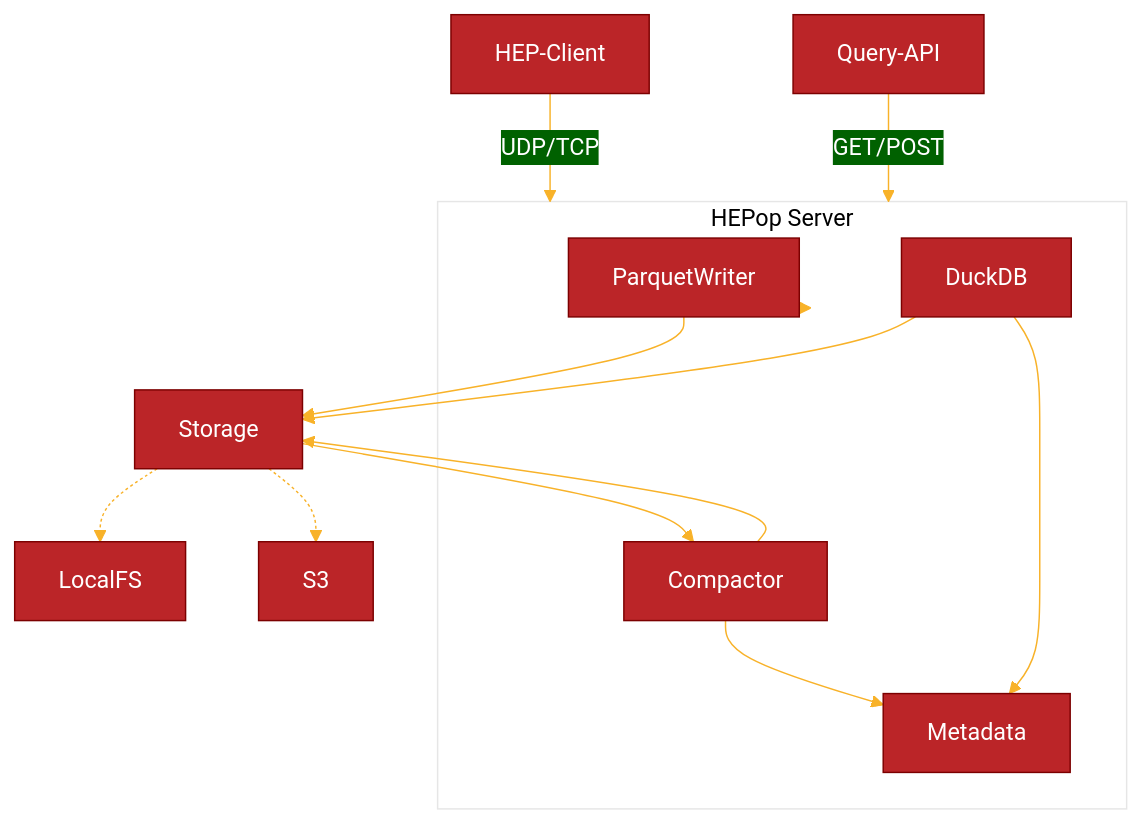
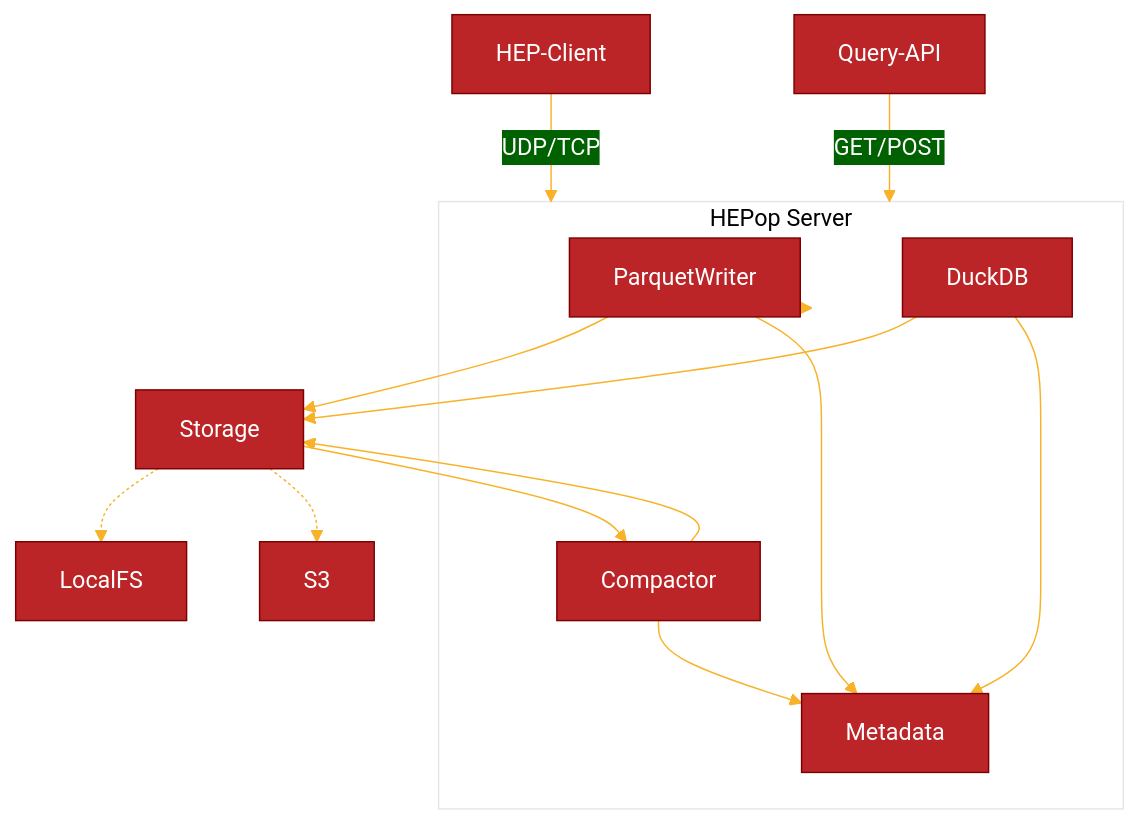
Before and after one commit to sipcapture/HEPop: the diagram in README.md, drawn with Mermaid.

````diff
--- a/README.md
+++ b/README.md
@@ -21,36 +21,37 @@
 ```mermaid
 %%{
   init: {
     'theme': 'base',
     'themeVariables': {
       'primaryColor': '#BB2528',
       'primaryTextColor': '#fff',
       'primaryBorderColor': '#7C0000',
       'lineColor': '#F8B229',
       'secondaryColor': '#006100',
       'tertiaryColor': '#fff'
     }
   }
 }%%
 
   graph TD;
       HEP-Client-- UDP/TCP -->HEPop;
       HEPop-->ParquetWriter;
       ParquetWriter-->Storage;
+      ParquetWriter-->Metadata;
       Storage-->Compactor;
       Compactor-->Storage;
       Compactor-->Metadata;
       Storage-.->LocalFS;
       Storage-.->S3;
       Query-API-- GET/POST --> HEPop;
       DuckDB-->Storage;
       DuckDB-->Metadata;
 
       subgraph HEPop[HEPop Server]
         ParquetWriter
         Compactor
         Metadata;
         DuckDB;
       end
 
 ```
````
